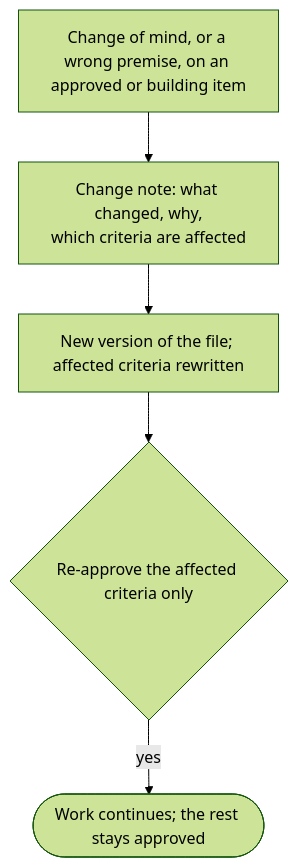
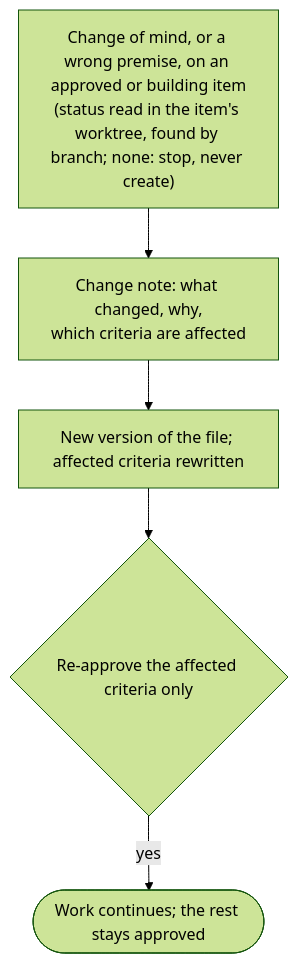
One commit to alexcanario/simulab changed diagram 11 of 20 in docs/agile/workflow.md. Above: the diagram before and after it, drawn with Mermaid (forest theme). The commit also changed other lines of this file and 11 other files, not shown here.

````diff
--- a/docs/agile/workflow.md
+++ b/docs/agile/workflow.md
@@ -2616,7 +2771,7 @@
 ```mermaid
 flowchart TD
-    A["Change of mind, or a wrong premise, on an approved or building item"] --> B["Change note: what changed, why,<br/>which criteria are affected"]
+    A["Change of mind, or a wrong premise, on an approved or building item<br/>(status read in the item's worktree, found by branch; none: stop, never create)"] --> B["Change note: what changed, why,<br/>which criteria are affected"]
     B --> C["New version of the file; affected criteria rewritten"]
     C --> D{"Re-approve the affected criteria only"}
     D -->|yes| E(["Work continues; the rest stays approved"])
 ```
````
